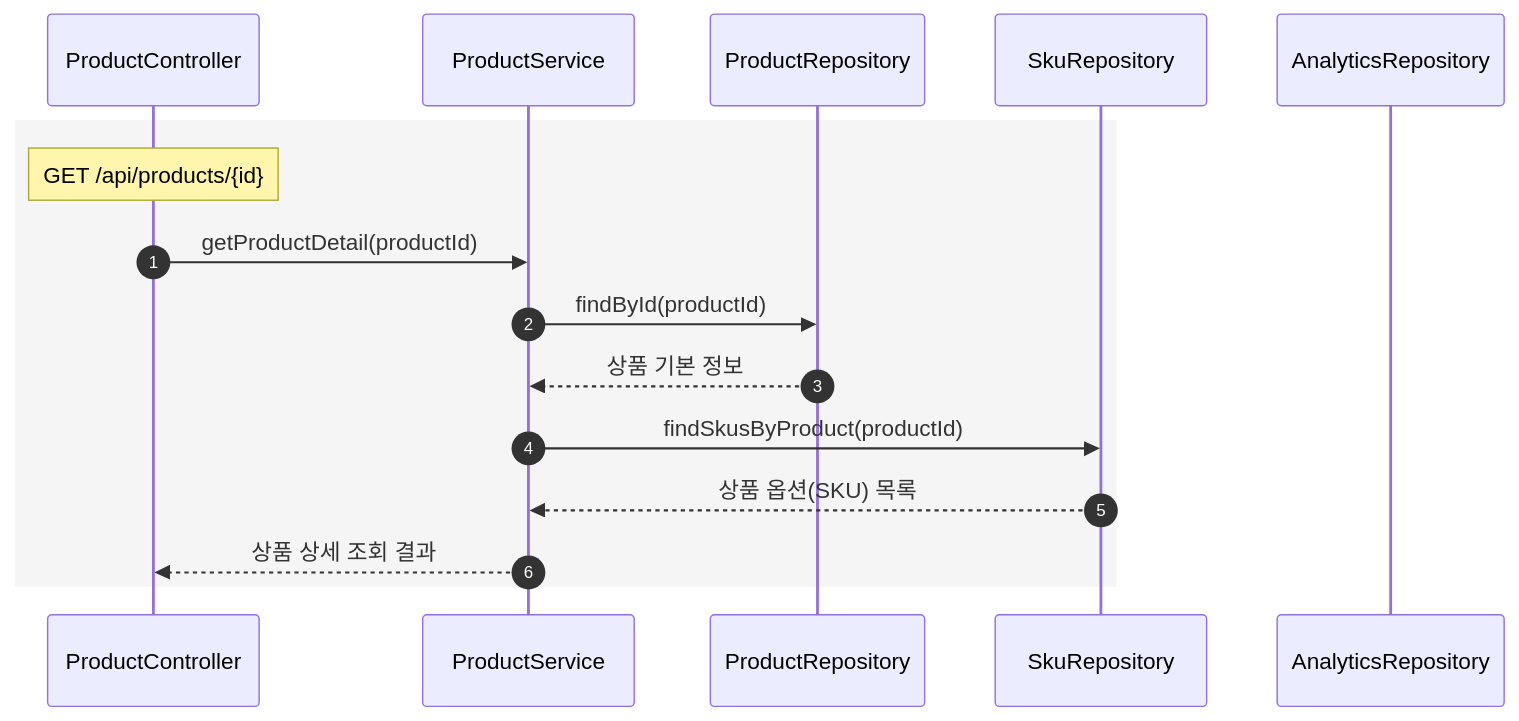
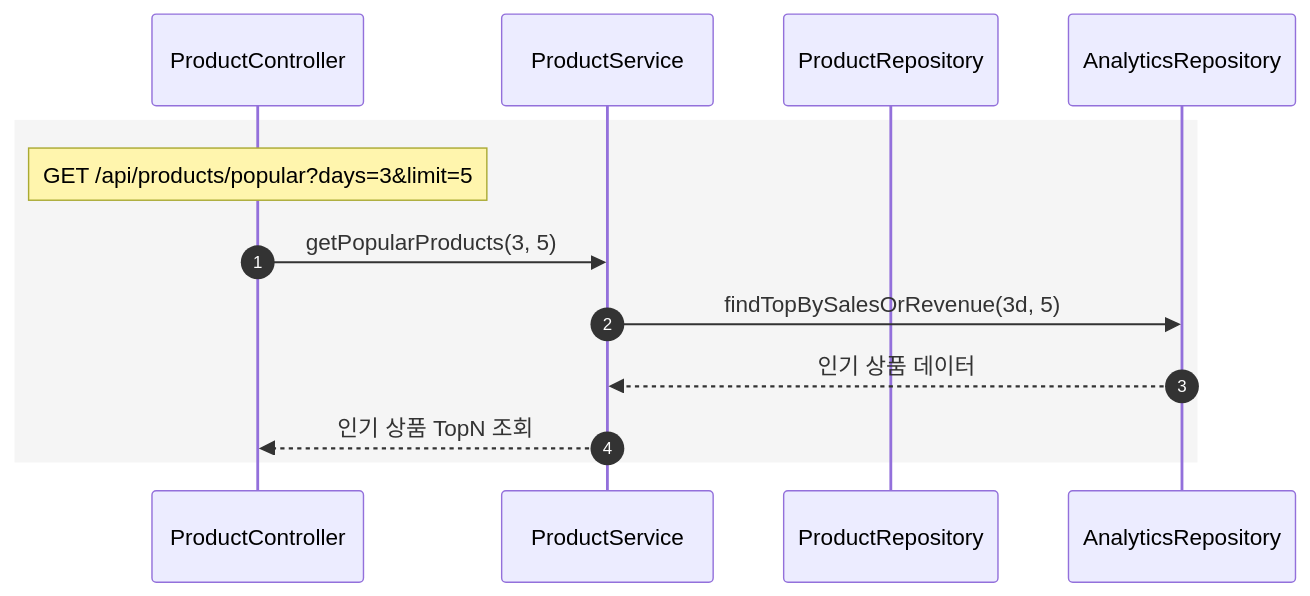
The second of 9 diagrams in docs/sequenceDiagram.md (namuneo/hh_plus_week2), drawn with Mermaid before and after one commit. The commit also changed other lines of this file and 12 other files, not shown here.

````diff
--- a/docs/sequenceDiagram.md
+++ b/docs/sequenceDiagram.md
@@ -26,19 +26,17 @@
 ```mermaid
 sequenceDiagram
     autonumber
     participant PC as ProductController
     participant PS as ProductService
     participant PR as ProductRepository
-    participant SR as SkuRepository
     participant AR as AnalyticsRepository
 
     rect rgb(245,245,245)
-        Note over PC: GET /api/products/{id}
-        PC->>PS: getProductDetail(productId)
-        PS->>PR: findById(productId)
-        PR-->>PS: 상품 기본 정보
-        PS->>SR: findSkusByProduct(productId)
-        SR-->>PS: 상품 옵션(SKU) 목록
-        PS-->>PC: 상품 상세 조회 결과
+        Note over PC: GET /api/products/popular?days=3&limit=5
+        PC->>PS: getPopularProducts(3, 5)
+        PS->>AR: findTopBySalesOrRevenue(3d, 5)
+        AR-->>PS: 인기 상품 데이터
+        PS-->>PC: 인기 상품 TopN 조회
     end
+
 ```
````
